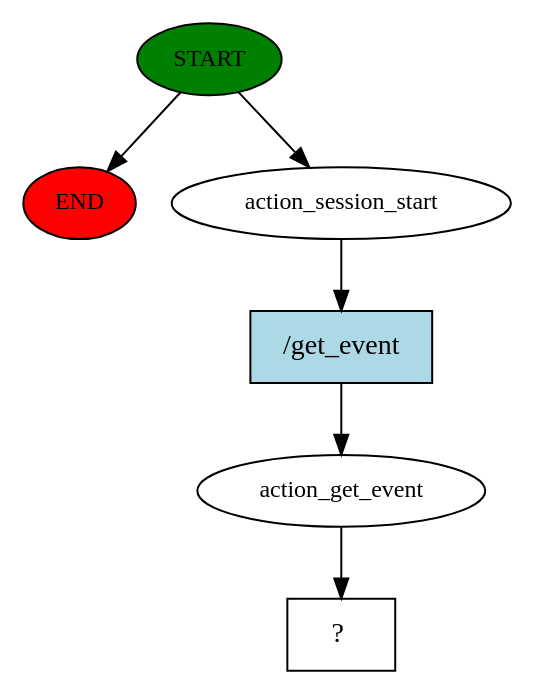
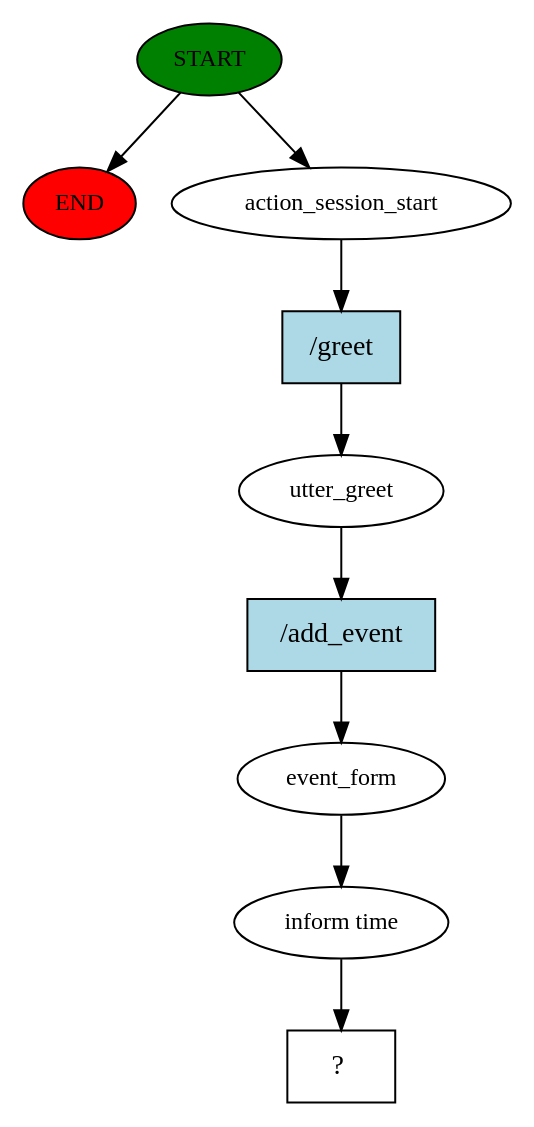
Before and after one commit to RasaHQ/Hands-on-with-Rasa-2: the diagram in story_graph.dot, drawn with Graphviz. The commit also changed 71 other files, not shown here.

```diff
--- a/story_graph.dot
+++ b/story_graph.dot
@@ -1,13 +1,19 @@
 digraph  {
 0 [class="start active", fillcolor=green, fontsize=12, label=START, style=filled];
 "-1" [class=end, fillcolor=red, fontsize=12, label=END, style=filled];
 1 [class=active, fontsize=12, label=action_session_start];
-2 [class=active, fontsize=12, label=action_get_event];
-3 [class="intent dashed active", label="  ?  ", shape=rect];
-4 [class="intent active", fillcolor=lightblue, label="/get_event", shape=rect, style=filled];
+2 [class=active, fontsize=12, label=utter_greet];
+3 [class=active, fontsize=12, label=event_form];
+4 [class=active, fontsize=12, label="inform time"];
+5 [class="intent dashed active", label="  ?  ", shape=rect];
+6 [class="intent active", fillcolor=lightblue, label="/greet", shape=rect, style=filled];
+7 [class="intent active", fillcolor=lightblue, label="/add_event", shape=rect, style=filled];
 0 -> "-1"  [class="", key=NONE, label=""];
 0 -> 1  [class=active, key=NONE, label=""];
-1 -> 4  [class=active, key=0];
-2 -> 3  [class=active, key=NONE, label=""];
-4 -> 2  [class=active, key=0];
+1 -> 6  [class=active, key=0];
+2 -> 7  [class=active, key=0];
+3 -> 4  [class=active, key=NONE, label=""];
+4 -> 5  [class=active, key=NONE, label=""];
+6 -> 2  [class=active, key=0];
+7 -> 3  [class=active, key=0];
 }
```
